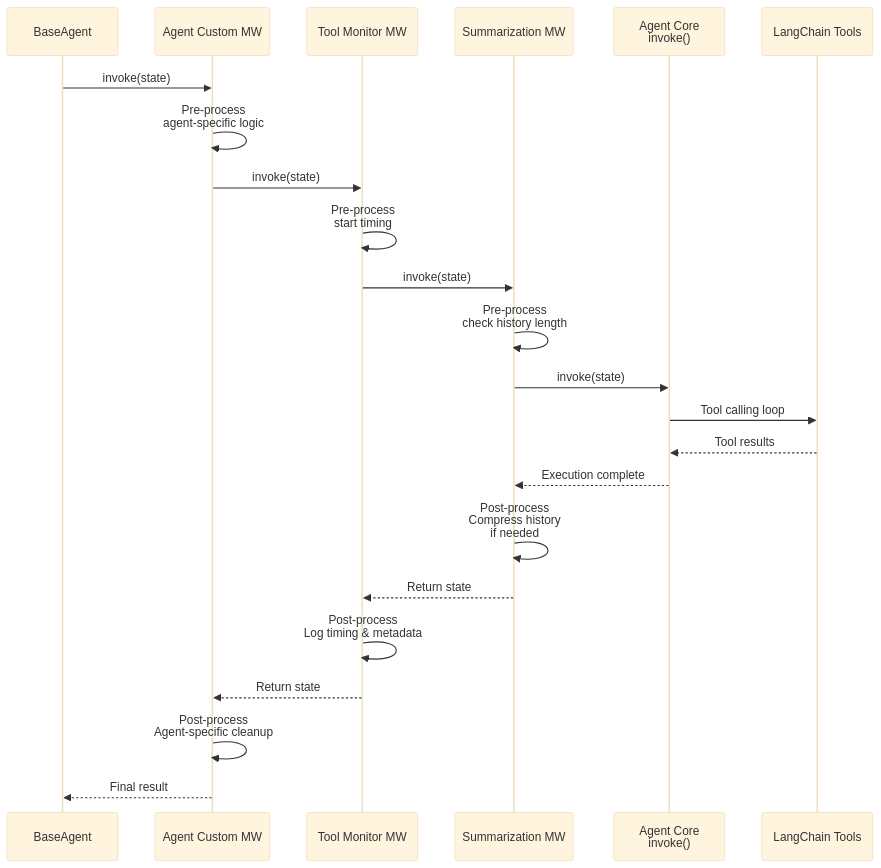
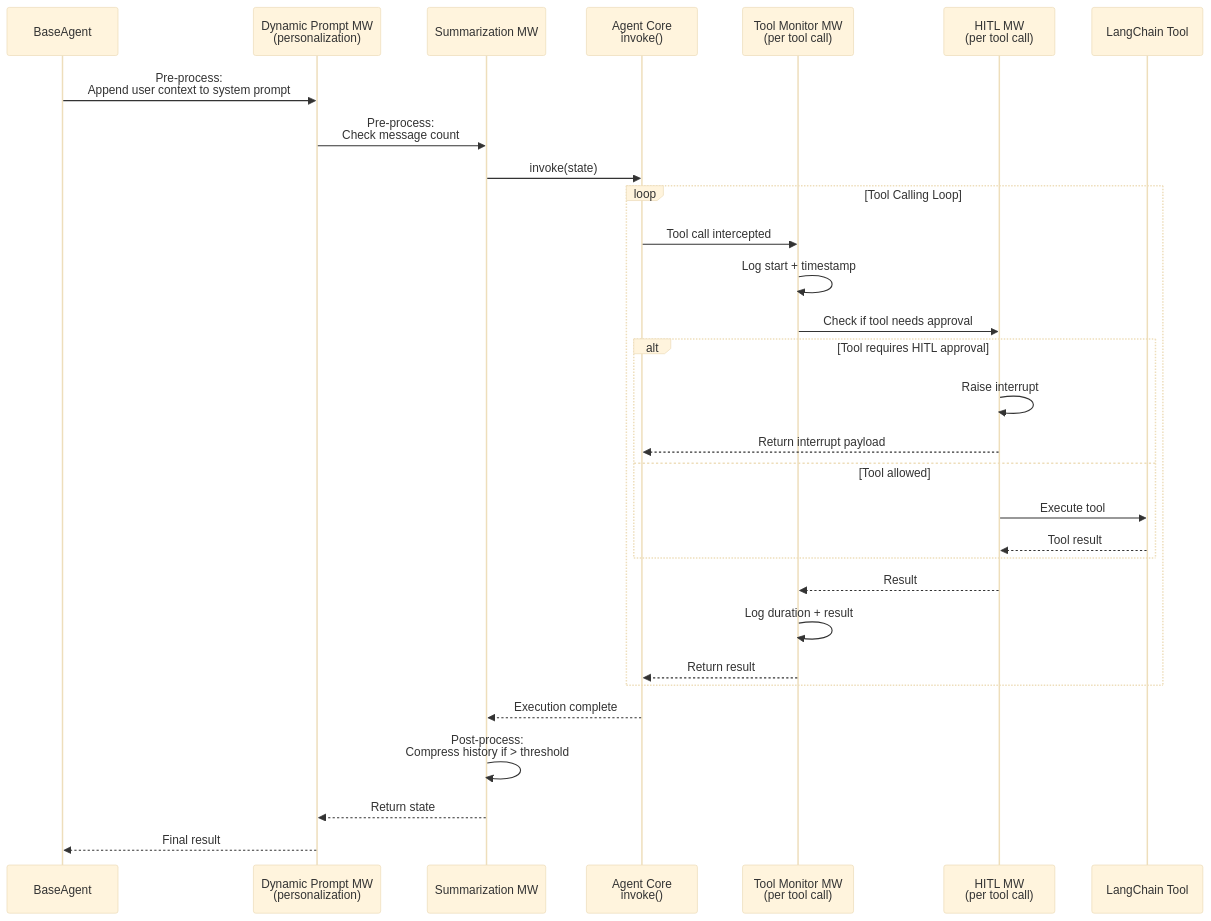
One commit to savipk/autochat changed the third of 8 diagrams in docs/architecture/08-middleware-stack.md. Above: the diagram before and after it, drawn with Mermaid (base theme). The commit also changed other lines of this file and 27 other files, not shown here.

````diff
--- a/docs/architecture/08-middleware-stack.md
+++ b/docs/architecture/08-middleware-stack.md
@@ -64,40 +71,38 @@
 ```mermaid
 sequenceDiagram
     participant Agent as BaseAgent
-    participant MW1 as Agent Custom MW
-    participant MW2 as Tool Monitor MW
-    participant MW3 as Summarization MW
+    participant DynPrompt as Dynamic Prompt MW<br/>(personalization)
+    participant Sum as Summarization MW
     participant Core as Agent Core<br/>invoke()
-    participant Tools as LangChain Tools
+    participant ToolMon as Tool Monitor MW<br/>(per tool call)
+    participant HITL as HITL MW<br/>(per tool call)
+    participant Tool as LangChain Tool
 
-    Agent->>MW1: invoke(state)
+    Agent->>DynPrompt: Pre-process:<br/>Append user context to system prompt
+    DynPrompt->>Sum: Pre-process:<br/>Check message count
 
-    MW1->>MW1: Pre-process<br/>agent-specific logic
+    Sum->>Core: invoke(state)
 
-    MW1->>MW2: invoke(state)
+    loop Tool Calling Loop
+        Core->>ToolMon: Tool call intercepted
+        ToolMon->>ToolMon: Log start + timestamp
+        ToolMon->>HITL: Check if tool needs approval
 
-    MW2->>MW2: Pre-process<br/>start timing
+        alt Tool requires HITL approval
+            HITL->>HITL: Raise interrupt
+            HITL-->>Core: Return interrupt payload
+        else Tool allowed
+            HITL->>Tool: Execute tool
+            Tool-->>HITL: Tool result
+        end
 
-    MW2->>MW3: invoke(state)
+        HITL-->>ToolMon: Result
+        ToolMon->>ToolMon: Log duration + result
+        ToolMon-->>Core: Return result
+    end
 
-    MW3->>MW3: Pre-process<br/>check history length
-
-    MW3->>Core: invoke(state)
-
-    Core->>Tools: Tool calling loop
-    Tools-->>Core: Tool results
-
-    Core-->>MW3: Execution complete
-
-    MW3->>MW3: Post-process<br/>Compress history<br/>if needed
-
-    MW3-->>MW2: Return state
-
-    MW2->>MW2: Post-process<br/>Log timing & metadata
-
-    MW2-->>MW1: Return state
-
-    MW1->>MW1: Post-process<br/>Agent-specific cleanup
-
-    MW1-->>Agent: Final result
+    Core-->>Sum: Execution complete
+    Sum->>Sum: Post-process:<br/>Compress history if > threshold
+    Sum-->>DynPrompt: Return state
+    DynPrompt-->>Agent: Final result
 ```
````
